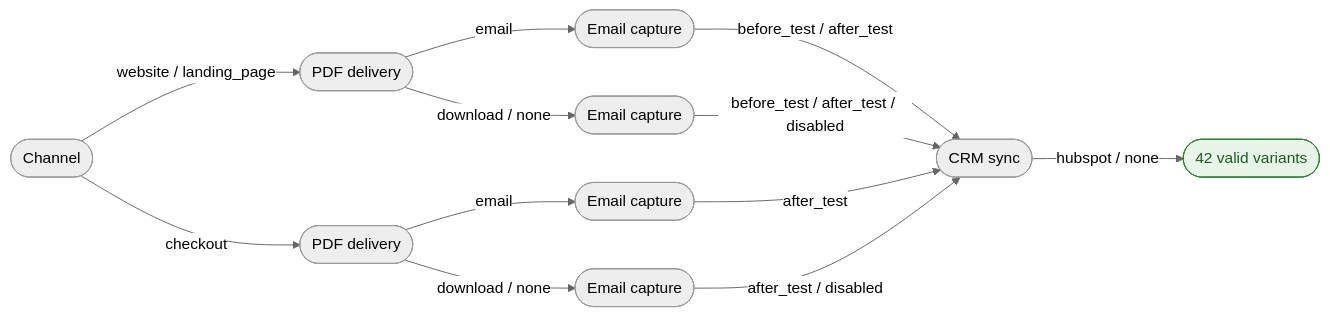
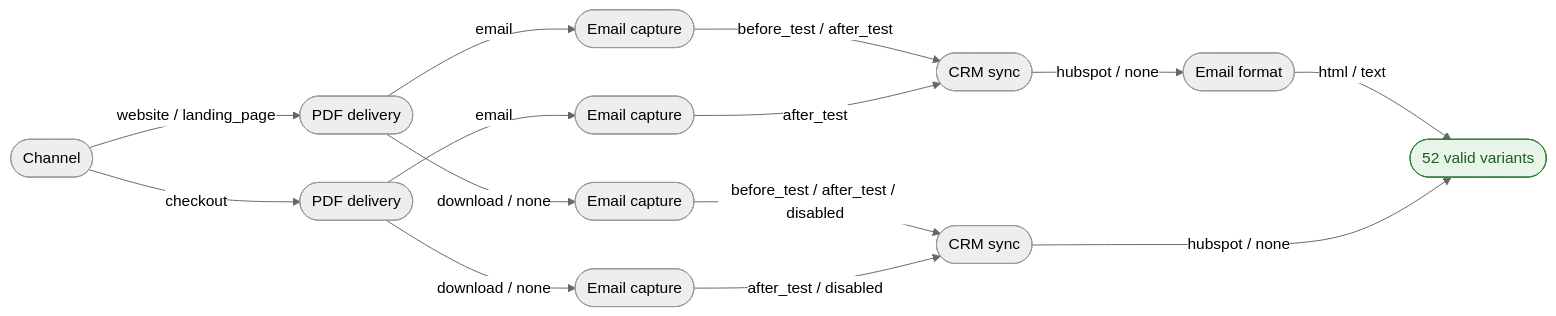
The first of 2 diagrams in examples/lead-capture-flow.md (dnoegel/combinatorial-agentic-development-skill), drawn with Mermaid (neutral theme) before and after one commit. The commit also changed other lines of this file and 32 other files, not shown here.

````diff
--- a/examples/lead-capture-flow.md
+++ b/examples/lead-capture-flow.md
@@ -128,25 +161,29 @@
 ```mermaid
 flowchart LR
   n0(["Channel"])
   n1(["PDF delivery"])
   n2(["Email capture"])
   n3(["CRM sync"])
-  n4(["Email capture"])
-  n5(["PDF delivery"])
-  n6(["Email capture"])
-  n7(["Email capture"])
-  done(["42 valid variants"])
+  n4(["Email format"])
+  n5(["Email capture"])
+  n6(["CRM sync"])
+  n7(["PDF delivery"])
+  n8(["Email capture"])
+  n9(["Email capture"])
+  done(["52 valid variants"])
   n0 -->|"website / landing_page"| n1
-  n0 -->|"checkout"| n5
+  n0 -->|"checkout"| n7
   n1 -->|"email"| n2
-  n1 -->|"download / none"| n4
+  n1 -->|"download / none"| n5
   n2 -->|"before_test / after_test"| n3
-  n3 -->|"hubspot / none"| done
-  n4 -->|"before_test / after_test / disabled"| n3
-  n5 -->|"email"| n6
-  n5 -->|"download / none"| n7
-  n6 -->|"after_test"| n3
-  n7 -->|"after_test / disabled"| n3
+  n3 -->|"hubspot / none"| n4
+  n4 -->|"html / text"| done
+  n5 -->|"before_test / after_test / disabled"| n6
+  n6 -->|"hubspot / none"| done
+  n7 -->|"email"| n8
+  n7 -->|"download / none"| n9
+  n8 -->|"after_test"| n3
+  n9 -->|"after_test / disabled"| n6
   classDef valid fill:#e8f5e9,stroke:#2e7d32,color:#1b5e20
   class done valid
 ```
````
